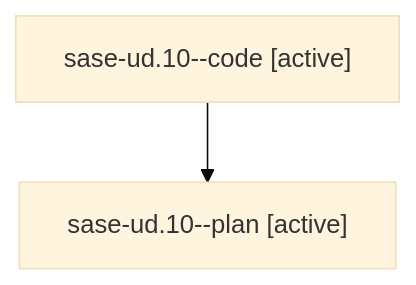
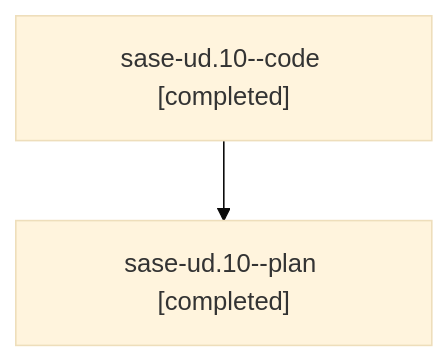
Before and after one commit to sase-org/sase--agents: the diagram in families/bbugyi200.athena.sase-ud.10.md, drawn with Mermaid (base theme). The commit also changed other lines of this file and 108 other files, not shown here.

````diff
--- a/families/bbugyi200.athena.sase-ud.10.md
+++ b/families/bbugyi200.athena.sase-ud.10.md
@@ -9,6 +9,6 @@
 ```mermaid
 flowchart TD
-  n0["sase-ud.10--code [active]"]
-  n1["sase-ud.10--plan [active]"]
+  n0["sase-ud.10--code [completed]"]
+  n1["sase-ud.10--plan [completed]"]
   n0 --> n1
 ```
````
